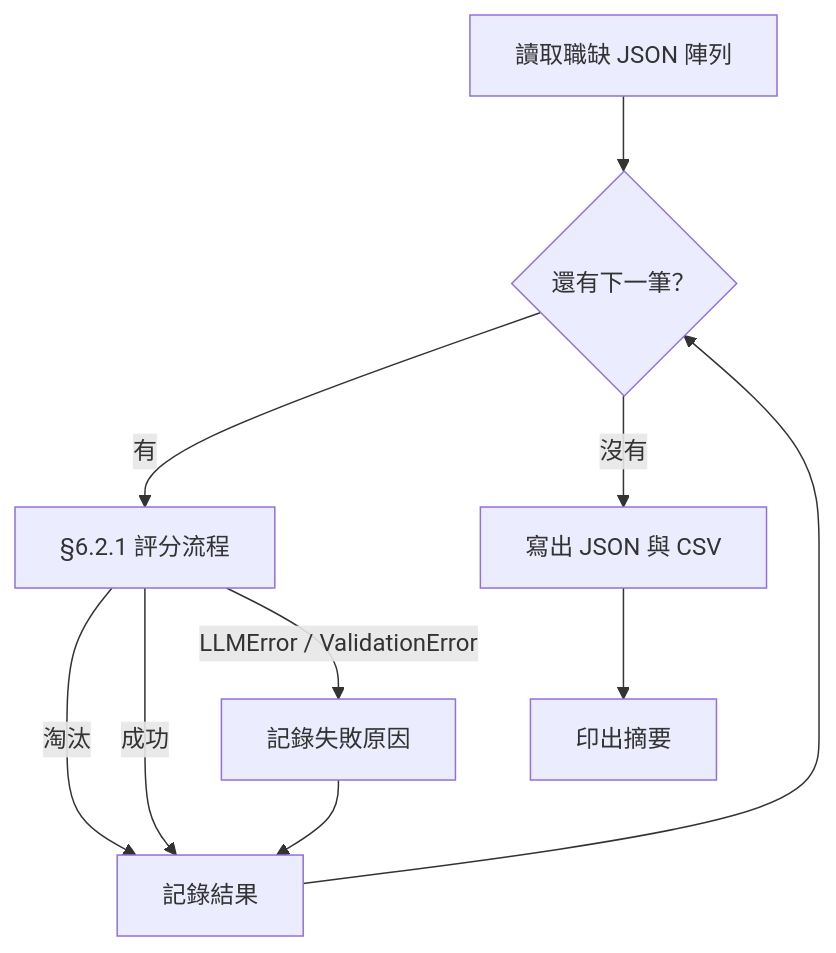
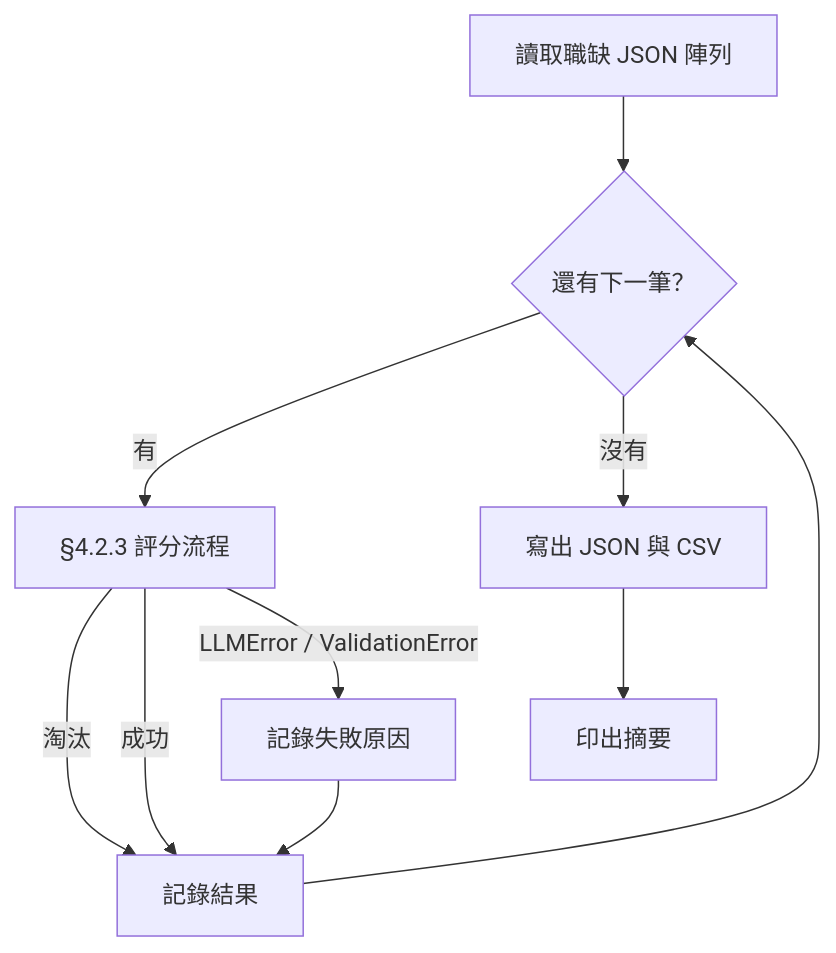
Before and after one commit to dlhdb/job-matching: the second of 3 diagrams in docs/features/F1-01-job-scoring.md, drawn with Mermaid. The commit also changed other lines of this file and 10 other files, not shown here.

````diff
--- a/docs/features/F1-01-job-scoring.md
+++ b/docs/features/F1-01-job-scoring.md
@@ -396,10 +409,10 @@
 ```mermaid
 flowchart TD
     L[讀取職缺 JSON 陣列] --> N{還有下一筆？}
-    N -->|有| S["§6.2.1 評分流程"]
+    N -->|有| S["§4.2.3 評分流程"]
     S -->|淘汰| R[記錄結果]
     S -->|成功| R
     S -->|"LLMError / ValidationError"| E[記錄失敗原因] --> R
     R --> N
     N -->|沒有| W["寫出 JSON 與 CSV"] --> M[印出摘要]
 ```
````
